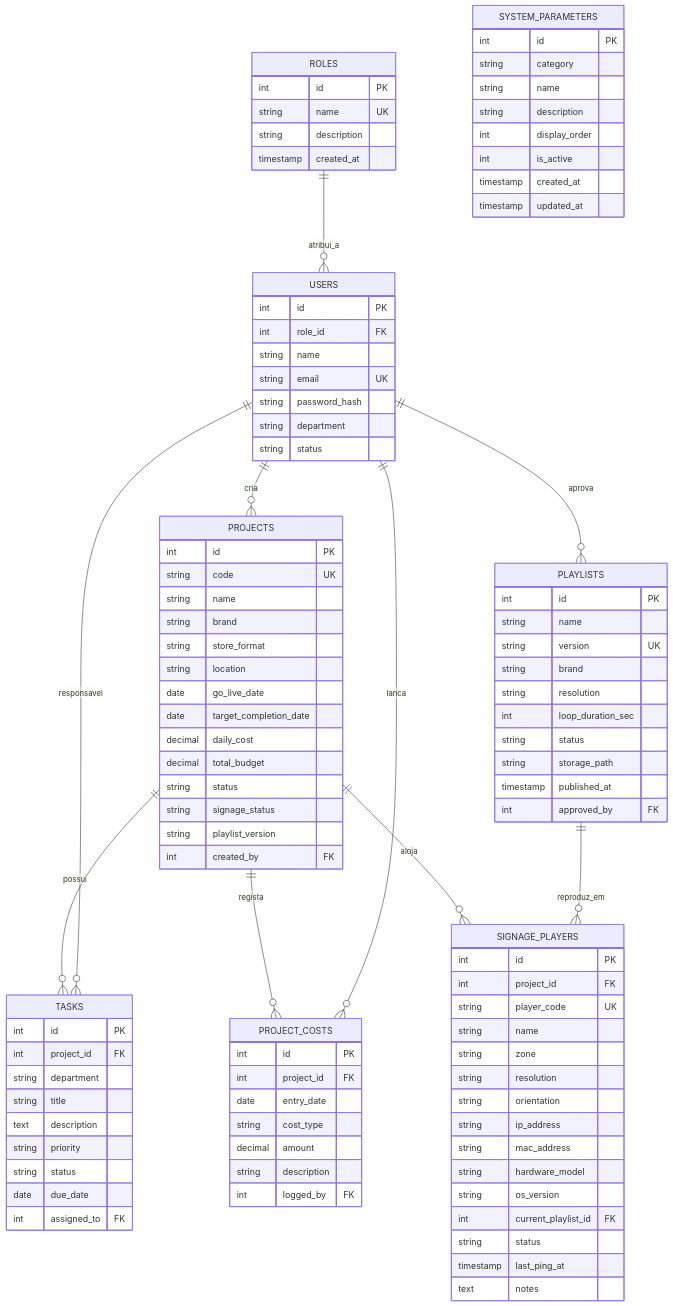
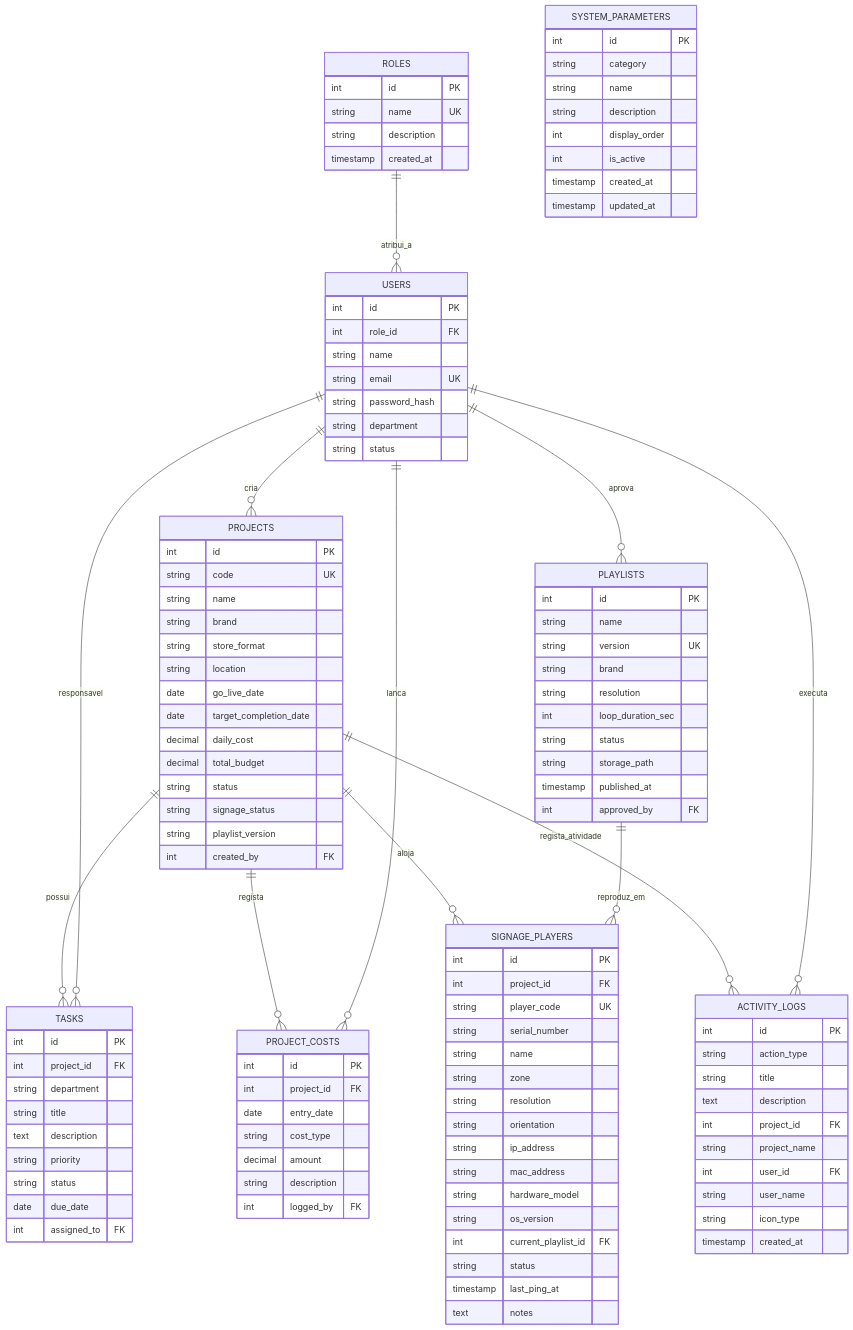
One commit to davisrc73/RetailLaunchOS changed the first of 2 diagrams in ARQUITETURA_TECNICA.md. Above: the diagram before and after it, drawn with Mermaid. The commit also changed other lines of this file and 17 other files, not shown here.

Commit message:
feat: feed dinamico de atividade recente e identificador unico id-serial no hardware (fase 14)

````diff
--- a/ARQUITETURA_TECNICA.md
+++ b/ARQUITETURA_TECNICA.md
@@ -85,10 +90,12 @@
     PROJECTS ||--o{ TASKS : "possui"
     PROJECTS ||--o{ PROJECT_COSTS : "regista"
     PROJECTS ||--o{ SIGNAGE_PLAYERS : "aloja"
+    PROJECTS ||--o{ ACTIVITY_LOGS : "regista_atividade"
     PLAYLISTS ||--o{ SIGNAGE_PLAYERS : "reproduz_em"
     USERS ||--o{ TASKS : "responsavel"
     USERS ||--o{ PROJECT_COSTS : "lanca"
     USERS ||--o{ PLAYLISTS : "aprova"
+    USERS ||--o{ ACTIVITY_LOGS : "executa"
 
     ROLES {
         int id PK
@@ -163,6 +170,7 @@
         int id PK
         int project_id FK
         string player_code UK
+        string serial_number
         string name
         string zone
         string resolution
@@ -187,4 +195,17 @@
         timestamp created_at
         timestamp updated_at
     }
+
+    ACTIVITY_LOGS {
+        int id PK
+        string action_type
+        string title
+        text description
+        int project_id FK
+        string project_name
+        int user_id FK
+        string user_name
+        string icon_type
+        timestamp created_at
+    }
 ```
````
